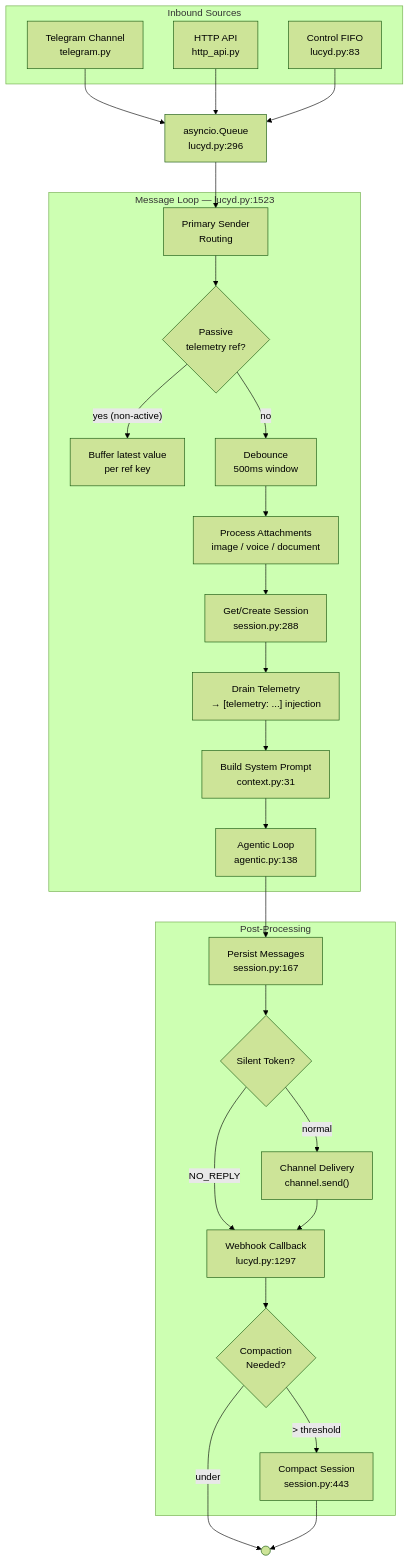
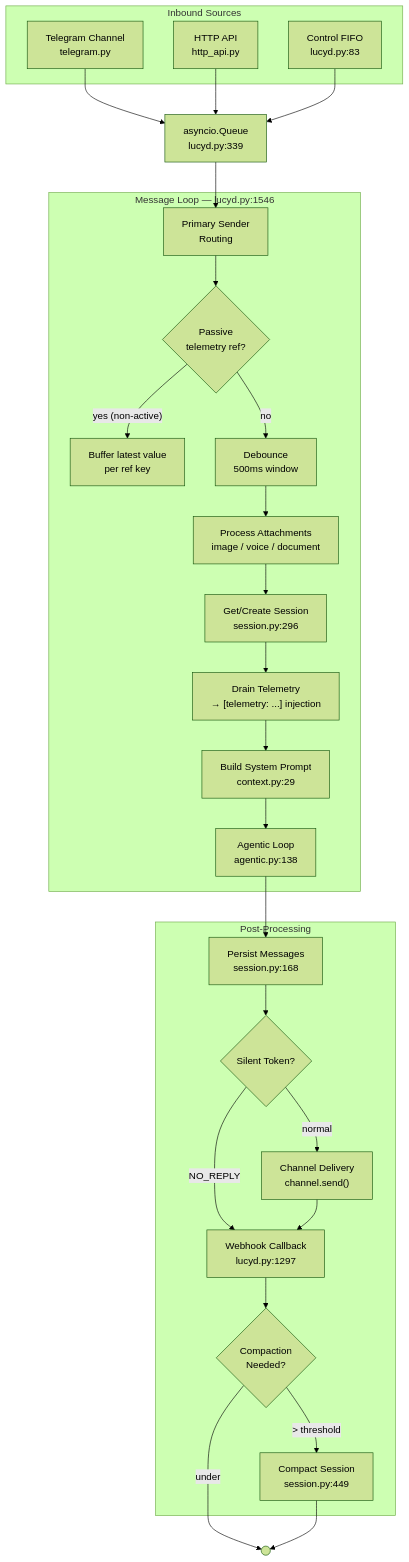
Before and after one commit to nicolasforstinger/lucyd: the first of 8 diagrams in docs/diagrams.md, drawn with Mermaid (forest theme). The commit also changed other lines of this file and 15 other files, not shown here.

First line of the commit message:
CLAUDE.md: sync — audit cycle 17, /compact queue fix, test count 1725

````diff
--- a/docs/diagrams.md
+++ b/docs/diagrams.md
@@ -11,45 +11,45 @@
 ```mermaid
 flowchart TD
     subgraph Sources["Inbound Sources"]
         TG["Telegram Channel<br/>telegram.py"]
         HTTP["HTTP API<br/>http_api.py"]
         FIFO["Control FIFO<br/>lucyd.py:83"]
     end
 
-    Q["asyncio.Queue<br/>lucyd.py:296"]
+    Q["asyncio.Queue<br/>lucyd.py:339"]
 
-    subgraph Loop["Message Loop — lucyd.py:1523"]
+    subgraph Loop["Message Loop — lucyd.py:1546"]
         PRIMARY["Primary Sender<br/>Routing"]
         PASSIVE{"Passive<br/>telemetry ref?"}
         BUFFER["Buffer latest value<br/>per ref key"]
         DEB["Debounce<br/>500ms window"]
         MEDIA["Process Attachments<br/>image / voice / document"]
-        SESSION["Get/Create Session<br/>session.py:288"]
+        SESSION["Get/Create Session<br/>session.py:296"]
         TELEM["Drain Telemetry<br/>→ [telemetry: ...] injection"]
-        CTX["Build System Prompt<br/>context.py:31"]
+        CTX["Build System Prompt<br/>context.py:29"]
         AGENTIC["Agentic Loop<br/>agentic.py:138"]
     end
 
     subgraph Post["Post-Processing"]
-        PERSIST["Persist Messages<br/>session.py:167"]
+        PERSIST["Persist Messages<br/>session.py:168"]
         SILENT{"Silent Token?"}
         DELIVER["Channel Delivery<br/>channel.send()"]
         WEBHOOK["Webhook Callback<br/>lucyd.py:1297"]
         COMPACT{"Compaction<br/>Needed?"}
-        DO_COMPACT["Compact Session<br/>session.py:443"]
+        DO_COMPACT["Compact Session<br/>session.py:449"]
     end
 
     TG --> Q
     HTTP --> Q
     FIFO --> Q
     Q --> PRIMARY --> PASSIVE
     PASSIVE -->|"yes (non-active)"| BUFFER
     PASSIVE -->|no| DEB --> MEDIA --> SESSION --> TELEM --> CTX --> AGENTIC
     AGENTIC --> PERSIST --> SILENT
     SILENT -->|"NO_REPLY"| WEBHOOK
     SILENT -->|normal| DELIVER --> WEBHOOK
     WEBHOOK --> COMPACT
     COMPACT -->|"> threshold"| DO_COMPACT
     COMPACT -->|under| END(( ))
     DO_COMPACT --> END
 ```
````
